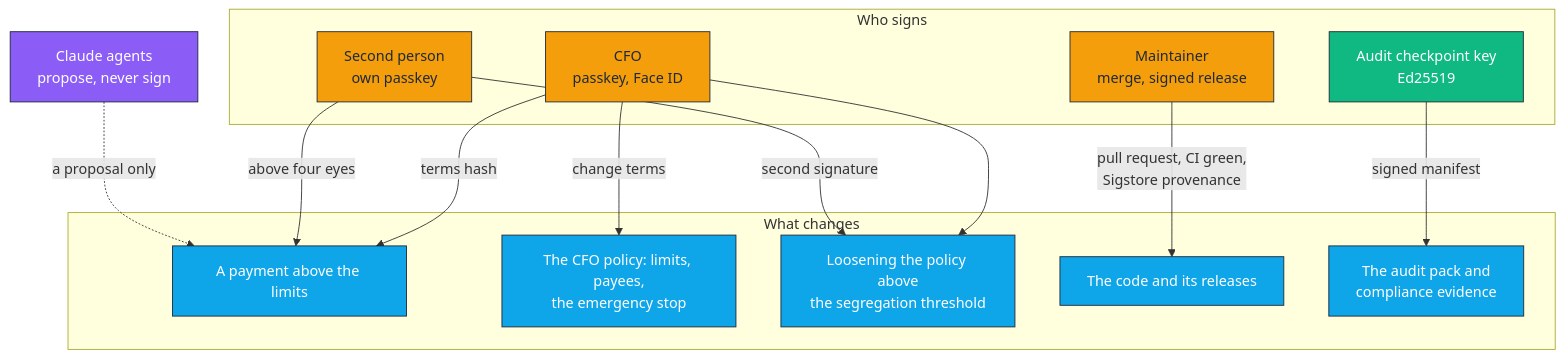
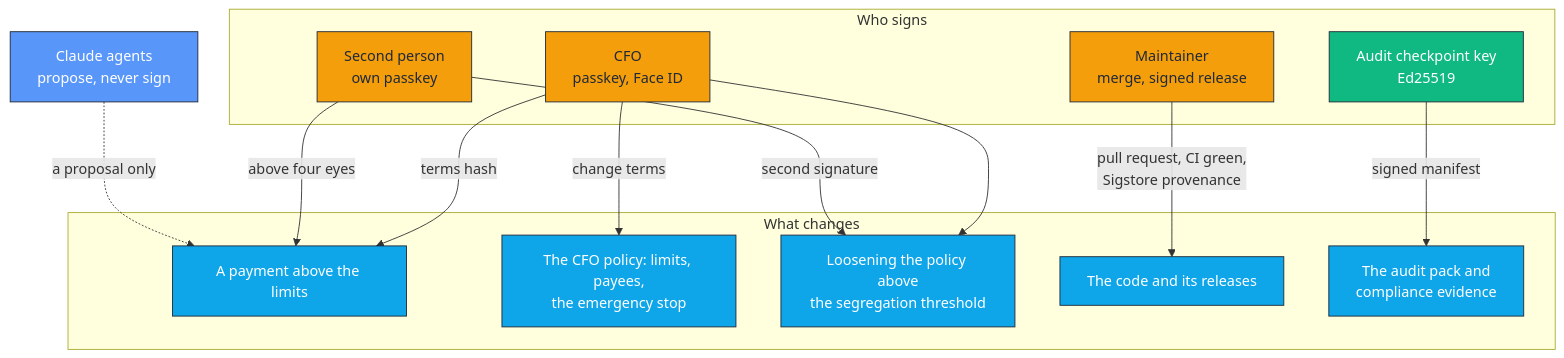
The second of 2 diagrams in docs/governance.md (agamemnon-coder/x402-business-agents), drawn with Mermaid before and after one commit. The commit also changed 184 other files, not shown here.

````diff
--- a/docs/governance.md
+++ b/docs/governance.md
@@ -169,33 +169,33 @@
 ```mermaid
 flowchart TB
   subgraph Sign["Who signs"]
     CFO["CFO<br/>passkey, Face ID"]
     TWO["Second person<br/>own passkey"]
     MNT["Maintainer<br/>merge, signed release"]
     KEY["Audit checkpoint key<br/>Ed25519"]
   end
   subgraph Change["What changes"]
     PAY["A payment above the limits"]
     POL["The CFO policy: limits, payees,<br/>the emergency stop"]
     LOOSE["Loosening the policy above<br/>the segregation threshold"]
     CODE["The code and its releases"]
     EVID["The audit pack and<br/>compliance evidence"]
   end
   AG["Claude agents<br/>propose, never sign"]
   CFO -->|"terms hash"| PAY
   CFO -->|"change terms"| POL
   CFO --> LOOSE
   TWO -->|"second signature"| LOOSE
   TWO -->|"above four eyes"| PAY
   MNT -->|"pull request, CI green,<br/>Sigstore provenance"| CODE
   KEY -->|"signed manifest"| EVID
   AG -. "a proposal only" .-> PAY
   classDef person fill:#f59e0b,stroke:#1f2937,color:#1f2937
   classDef key fill:#10b981,stroke:#1f2937,color:#fff
   classDef change fill:#0ea5e9,stroke:#1f2937,color:#fff
-  classDef ai fill:#8b5cf6,stroke:#1f2937,color:#fff
+  classDef ai fill:#5996f9,stroke:#1f2937,color:#fff
   class CFO,TWO,MNT person
   class KEY key
   class PAY,POL,LOOSE,CODE,EVID change
   class AG ai
 ```
````
